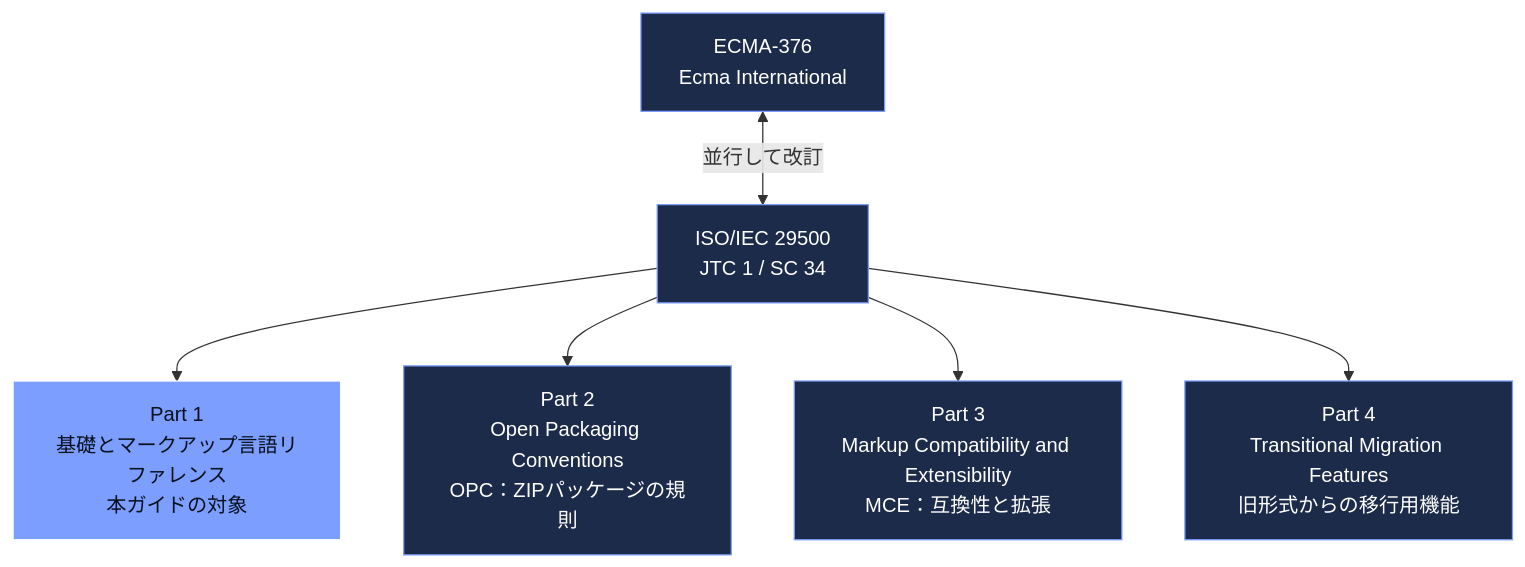
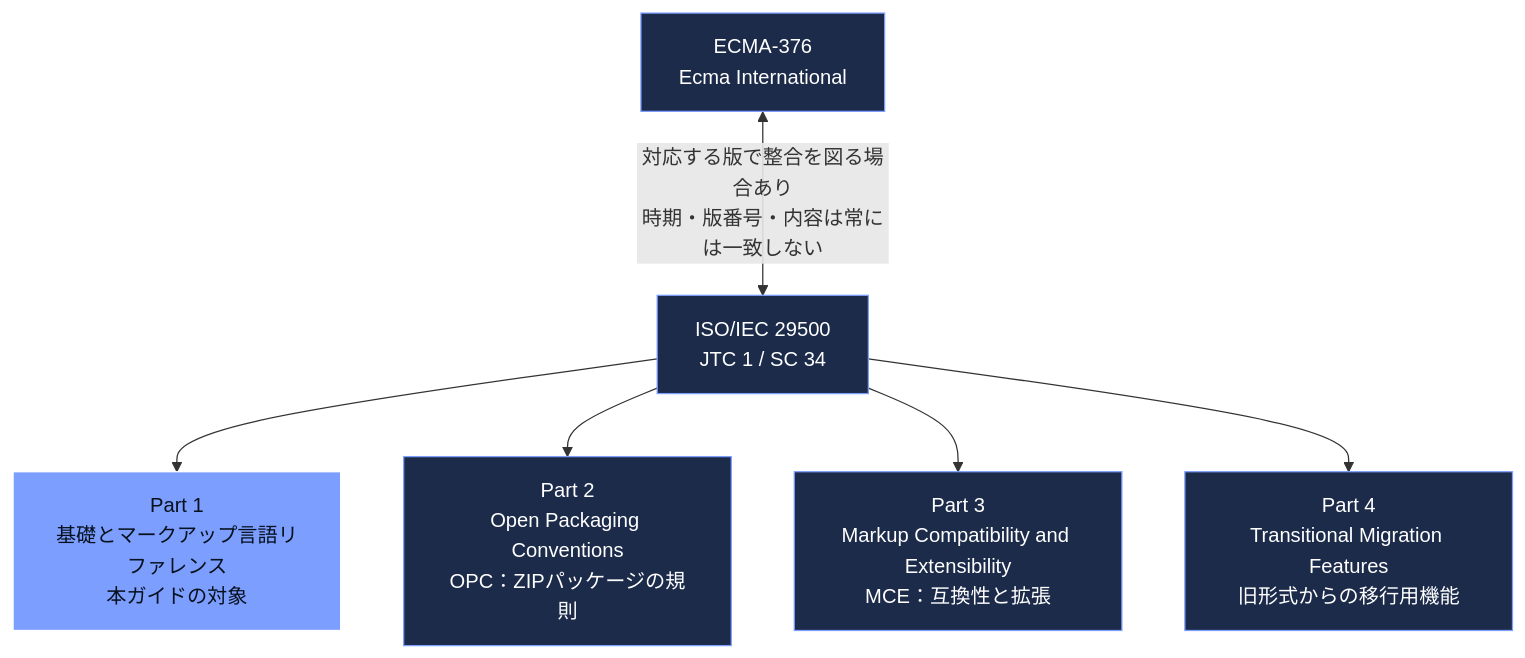
Before and after one commit to myoshi2891/Quality-Assurance-Studies: the second of 12 diagrams in Iso-29500-1-guide.md, drawn with Mermaid. The commit also changed other lines of this file and 1 other file, not shown here.

````diff
--- a/Iso-29500-1-guide.md
+++ b/Iso-29500-1-guide.md
@@ -114,19 +114,19 @@
 ```mermaid
 flowchart TB
     FA["ECMA-376<br/>Ecma International"]
     FB["ISO/IEC 29500<br/>JTC 1 / SC 34"]
     PA["Part 1<br/>基礎とマークアップ言語リファレンス<br/>本ガイドの対象"]
     PB["Part 2<br/>Open Packaging Conventions<br/>OPC：ZIPパッケージの規則"]
     PC["Part 3<br/>Markup Compatibility and Extensibility<br/>MCE：互換性と拡張"]
     PD["Part 4<br/>Transitional Migration Features<br/>旧形式からの移行用機能"]
-    FA <-->|並行して改訂| FB
+    FA <-->|対応する版で整合を図る場合あり<br/>時期・版番号・内容は常には一致しない| FB
     FB --> PA
     FB --> PB
     FB --> PC
     FB --> PD
 
     classDef std fill:#1c2b4a,stroke:#7c9eff,color:#ffffff
     classDef focus fill:#7c9eff,stroke:#ffffff,color:#07111e
     class FA,FB,PB,PC,PD std
     class PA focus
 ```
````
